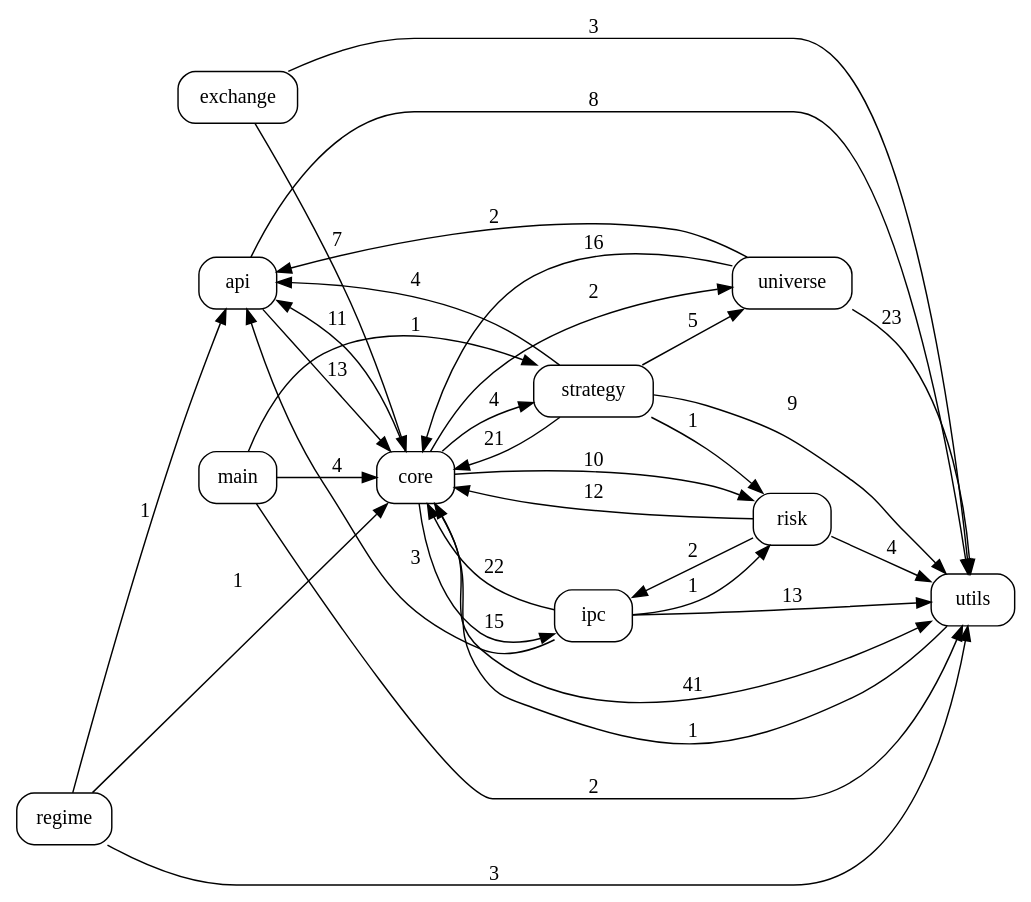
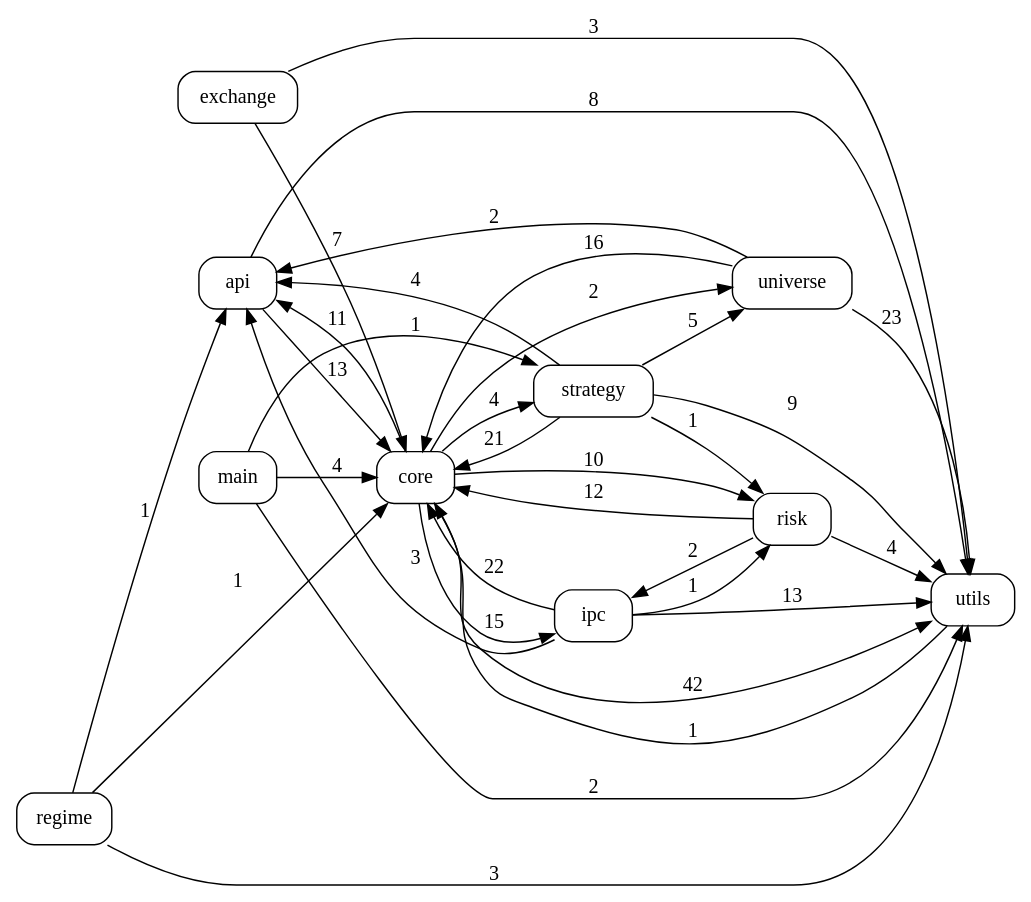
One commit to pypy8171/Quant changed the diagram in docs/code_graph.dot. Above: the diagram before and after it, drawn with Graphviz. The commit also changed 10 other files, not shown here.

```diff
--- a/docs/code_graph.dot
+++ b/docs/code_graph.dot
@@ -1,46 +1,46 @@
 digraph code_graph {
   rankdir=LR;
   node [shape=box, style=rounded, fontname="Consolas"];
   "api";
   "core";
   "exchange";
   "ipc";
   "main";
   "regime";
   "risk";
   "strategy";
   "universe";
   "utils";
   "api" -> "core" [label="13"];
   "api" -> "utils" [label="8"];
   "core" -> "api" [label="11"];
   "core" -> "ipc" [label="15"];
   "core" -> "risk" [label="10"];
   "core" -> "strategy" [label="4"];
   "core" -> "universe" [label="2"];
-  "core" -> "utils" [label="41"];
+  "core" -> "utils" [label="42"];
   "exchange" -> "core" [label="7"];
   "exchange" -> "utils" [label="3"];
   "ipc" -> "api" [label="3"];
   "ipc" -> "core" [label="22"];
   "ipc" -> "risk" [label="1"];
   "ipc" -> "utils" [label="13"];
   "main" -> "core" [label="4"];
   "main" -> "strategy" [label="1"];
   "main" -> "utils" [label="2"];
   "regime" -> "api" [label="1"];
   "regime" -> "core" [label="1"];
   "regime" -> "utils" [label="3"];
   "risk" -> "core" [label="12"];
   "risk" -> "ipc" [label="2"];
   "risk" -> "utils" [label="4"];
   "strategy" -> "api" [label="4"];
   "strategy" -> "core" [label="21"];
   "strategy" -> "risk" [label="1"];
   "strategy" -> "universe" [label="5"];
   "strategy" -> "utils" [label="9"];
   "universe" -> "api" [label="2"];
   "universe" -> "core" [label="16"];
   "universe" -> "utils" [label="23"];
   "utils" -> "core" [label="1"];
 }
```
